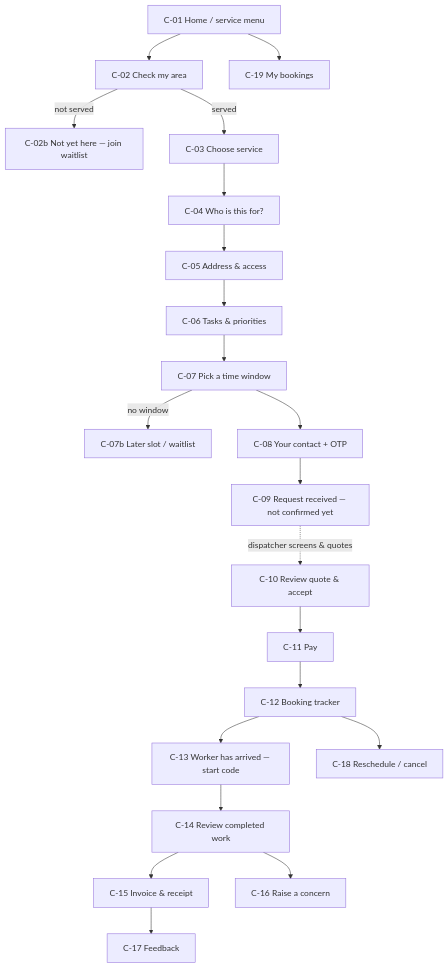
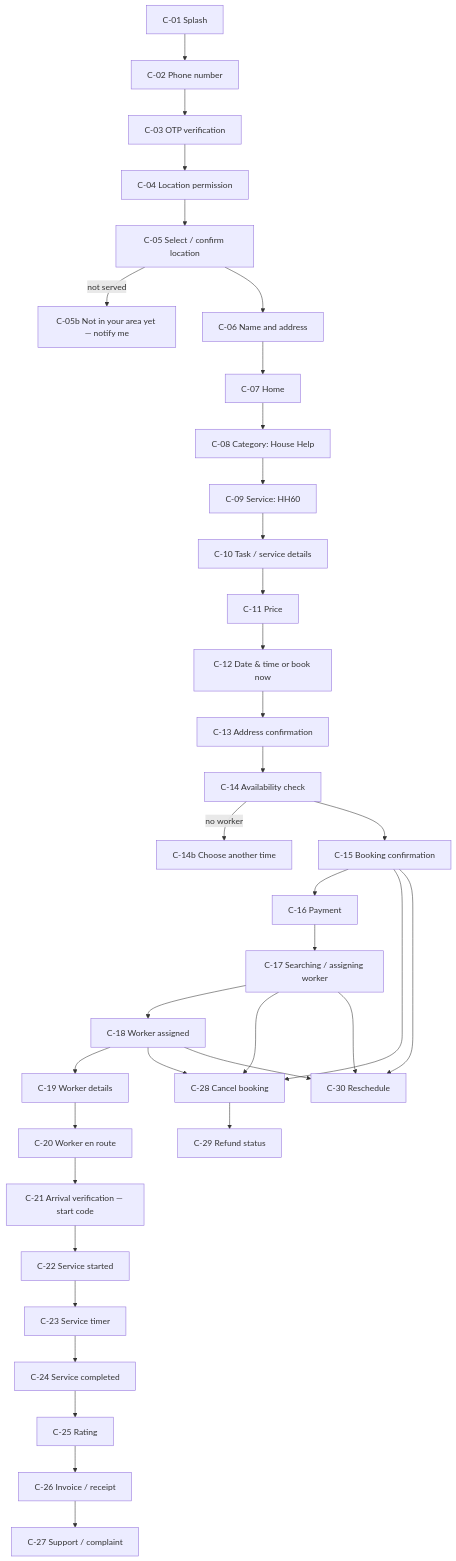
Before and after one commit to Sanjays996600/Onetappe: the first of 2 diagrams in docs/02-ui-ux-screen-map.md, drawn with Mermaid. The commit also changed other lines of this file and 3 other files, not shown here.

````diff
--- a/docs/02-ui-ux-screen-map.md
+++ b/docs/02-ui-ux-screen-map.md
@@ -35,23 +26,34 @@
 ```mermaid
 flowchart TD
-    C01[C-01 Home / service menu] --> C02[C-02 Check my area]
-    C02 -- not served --> C02b[C-02b Not yet here — join waitlist]
-    C02 -- served --> C03[C-03 Choose service]
-    C03 --> C04[C-04 Who is this for?]
-    C04 --> C05[C-05 Address & access]
-    C05 --> C06[C-06 Tasks & priorities]
-    C06 --> C07[C-07 Pick a time window]
-    C07 -- no window --> C07b[C-07b Later slot / waitlist]
-    C07 --> C08[C-08 Your contact + OTP]
-    C08 --> C09[C-09 Request received — not confirmed yet]
-    C09 -. dispatcher screens & quotes .-> C10[C-10 Review quote & accept]
-    C10 --> C11[C-11 Pay]
-    C11 --> C12[C-12 Booking tracker]
-    C12 --> C13[C-13 Worker has arrived — start code]
-    C13 --> C14[C-14 Review completed work]
-    C14 --> C15[C-15 Invoice & receipt]
-    C14 --> C16[C-16 Raise a concern]
-    C15 --> C17[C-17 Feedback]
-    C12 --> C18[C-18 Reschedule / cancel]
-    C01 --> C19[C-19 My bookings]
+    C01[C-01 Splash] --> C02[C-02 Phone number]
+    C02 --> C03[C-03 OTP verification]
+    C03 --> C04[C-04 Location permission]
+    C04 --> C05[C-05 Select / confirm location]
+    C05 -- not served --> C05b[C-05b Not in your area yet — notify me]
+    C05 --> C06[C-06 Name and address]
+    C06 --> C07[C-07 Home]
+    C07 --> C08[C-08 Category: House Help]
+    C08 --> C09[C-09 Service: HH60]
+    C09 --> C10[C-10 Task / service details]
+    C10 --> C11[C-11 Price]
+    C11 --> C12[C-12 Date & time or book now]
+    C12 --> C13[C-13 Address confirmation]
+    C13 --> C14[C-14 Availability check]
+    C14 -- no worker --> C14b[C-14b Choose another time]
+    C14 --> C15[C-15 Booking confirmation]
+    C15 --> C16[C-16 Payment]
+    C16 --> C17[C-17 Searching / assigning worker]
+    C17 --> C18[C-18 Worker assigned]
+    C18 --> C19[C-19 Worker details]
+    C19 --> C20[C-20 Worker en route]
+    C20 --> C21[C-21 Arrival verification — start code]
+    C21 --> C22[C-22 Service started]
+    C22 --> C23[C-23 Service timer]
+    C23 --> C24[C-24 Service completed]
+    C24 --> C25[C-25 Rating]
+    C25 --> C26[C-26 Invoice / receipt]
+    C26 --> C27[C-27 Support / complaint]
+    C15 & C17 & C18 --> C28[C-28 Cancel booking]
+    C28 --> C29[C-29 Refund status]
+    C15 & C17 & C18 --> C30[C-30 Reschedule]
 ```
````
